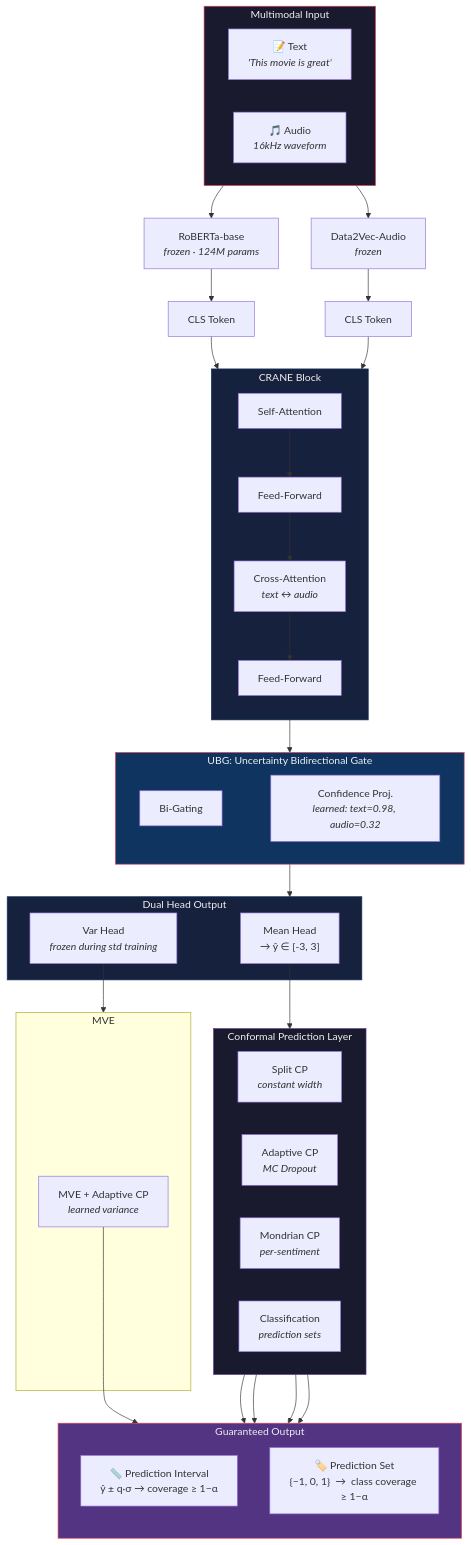
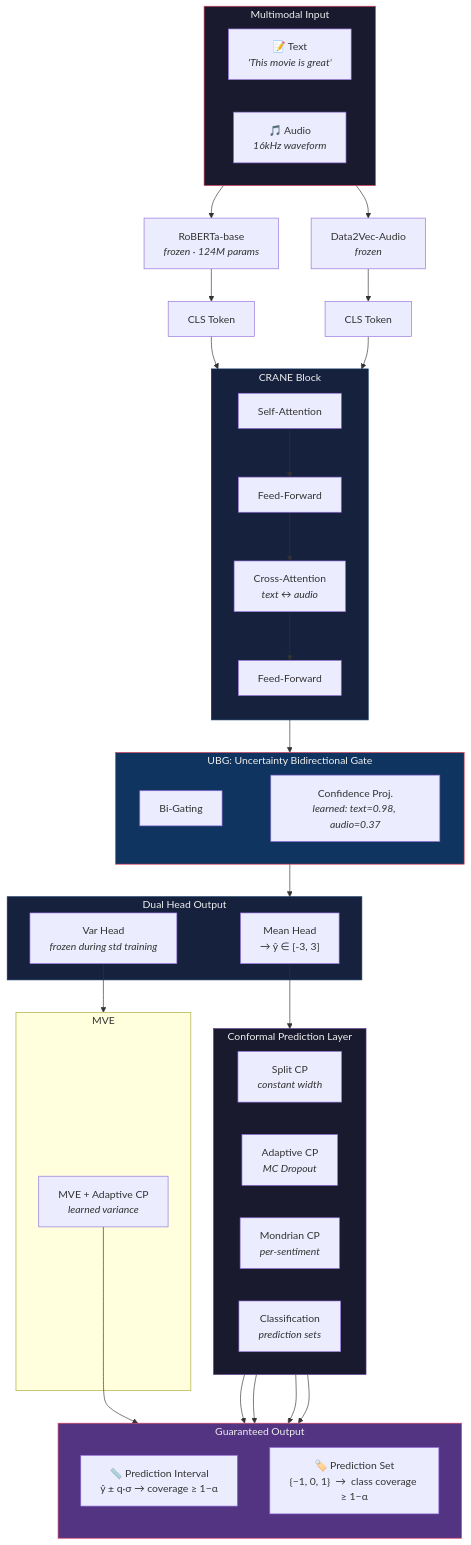
One commit to fsvov/CRANE changed the first of 2 diagrams in README.md. Above: the diagram before and after it, drawn with Mermaid. The commit also changed other lines of this file and 14 other files, not shown here.

````diff
--- a/README.md
+++ b/README.md
@@ -13,76 +13,76 @@
 ```mermaid
 flowchart TB
     subgraph Input[" Multimodal Input "]
         direction LR
         T["📝 Text<br/><i>'This movie is great'</i>"]
         A["🎵 Audio<br/><i>16kHz waveform</i>"]
     end
 
     T --> RB["RoBERTa-base<br/><i>frozen · 124M params</i>"]
     A --> D2V["Data2Vec-Audio<br/><i>frozen</i>"]
 
     RB --> CLS1["CLS Token"]
     D2V --> CLS2["CLS Token"]
 
     CLS1 --> SB["CRANE Block"]
     CLS2 --> SB
 
     subgraph SB[" CRANE Block "]
         direction TB
         SA["Self-Attention"]
         FFN1["Feed-Forward"]
         CA["Cross-Attention<br/><i>text ↔ audio</i>"]
         FFN2["Feed-Forward"]
         SA --> FFN1 --> CA --> FFN2
     end
 
     SB --> FUSE
 
     subgraph FUSE[" UBG: Uncertainty Bidirectional Gate "]
         direction LR
         BG["Bi-Gating"]
-        CPROJ["Confidence Proj.<br/><i>learned: text=0.98, audio=0.32</i>"]
+        CPROJ["Confidence Proj.<br/><i>learned: text=0.98, audio=0.37</i>"]
         BG ~~~ CPROJ
     end
 
     FUSE --> HEADS
 
     subgraph HEADS[" Dual Head Output "]
         MEAN["Mean Head<br/>→ ŷ ∈ [-3, 3]"]
         VAR["Var Head<br/><i>frozen during std training</i>"]
     end
 
     MEAN --> CP
     VAR --> MVECP
 
     subgraph CP[" Conformal Prediction Layer "]
         direction LR
         SPLIT["Split CP<br/><i>constant width</i>"]
         ADAPT["Adaptive CP<br/><i>MC Dropout</i>"]
         MOND["Mondrian CP<br/><i>per-sentiment</i>"]
         CLS["Classification<br/><i>prediction sets</i>"]
     end
 
     subgraph MVECP[" MVE "]
         MVEADAPT["MVE + Adaptive CP<br/><i>learned variance</i>"]
     end
 
     SPLIT --> OUT
     ADAPT --> OUT
     MOND --> OUT
     CLS --> OUT
     MVEADAPT --> OUT
 
     subgraph OUT[" Guaranteed Output "]
         direction TB
         INTERVAL["📏 Prediction Interval<br/>ŷ ± q·σ  →  coverage ≥ 1−α"]
         SET["🏷️ Prediction Set<br/>{−1, 0, 1}  →  class coverage ≥ 1−α"]
     end
 
     style Input fill:#1a1a2e,stroke:#e94560,color:#eee
     style SB fill:#16213e,stroke:#0f3460,color:#eee
     style FUSE fill:#0f3460,stroke:#e94560,color:#eee
     style HEADS fill:#16213e,stroke:#0f3460,color:#eee
     style CP fill:#1a1a2e,stroke:#533483,color:#eee
     style OUT fill:#533483,stroke:#e94560,color:#eee
 ```
````
